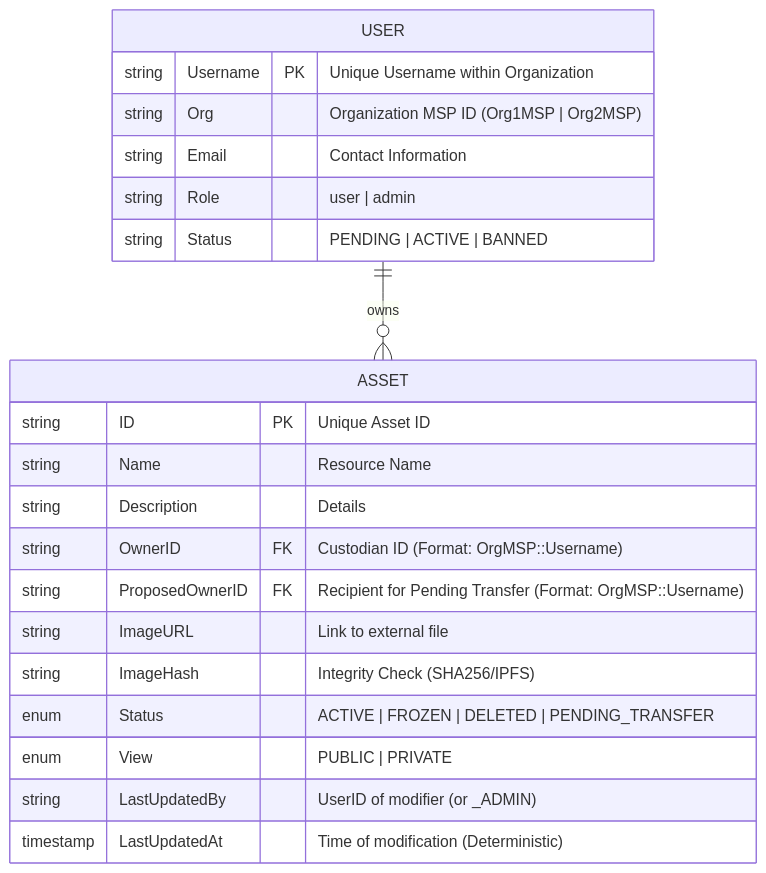
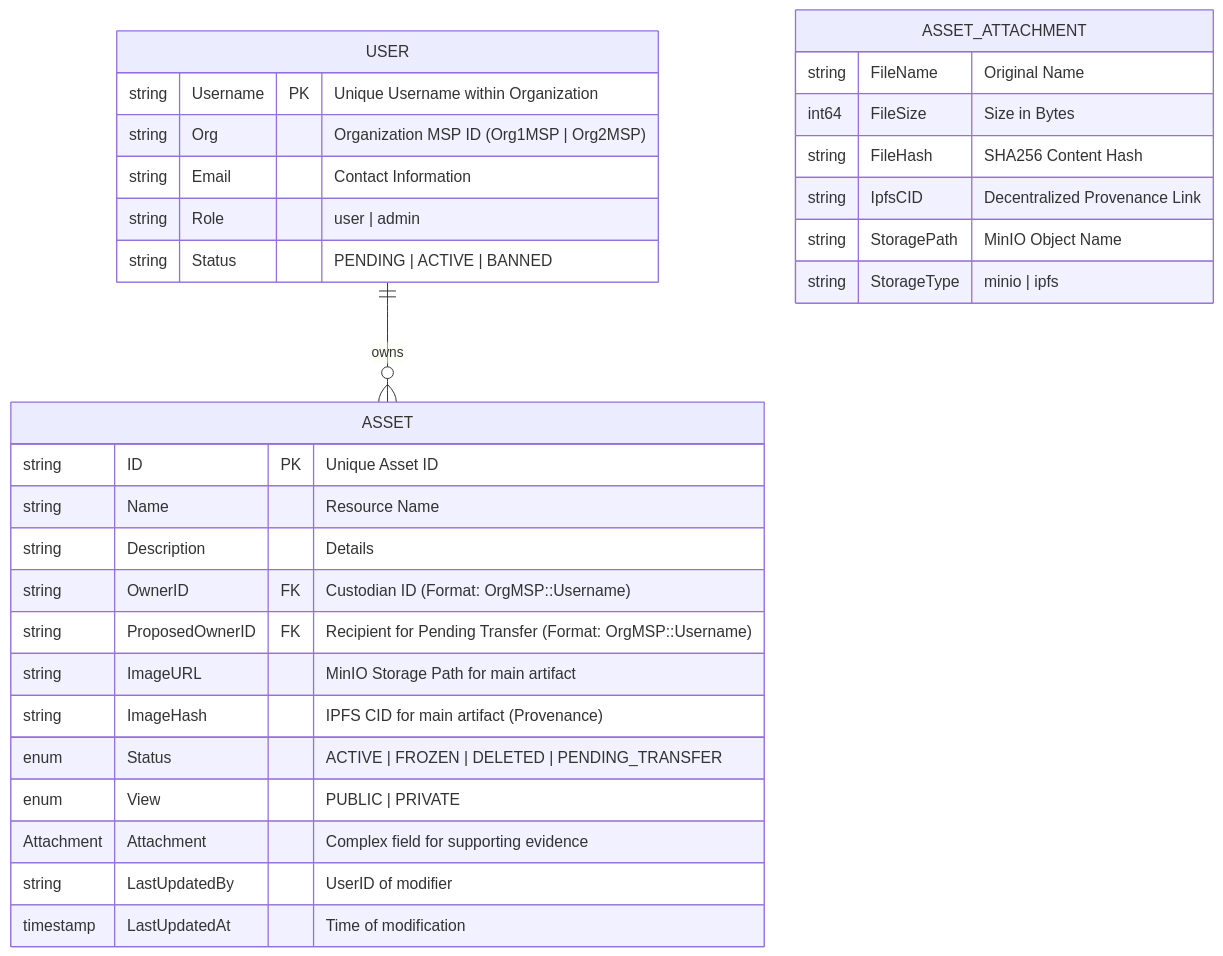
One commit to kelotduongvidainhat/hyperledger-fabric-skeleton changed the diagram in docs/DATA_ARCHITECTURE.md. Above: the diagram before and after it, drawn with Mermaid. The commit also changed other lines of this file and 17 other files, not shown here.

First line of the commit message:
feat: implement unified attachment storage with MinIO and IPFS integration

````diff
--- a/docs/DATA_ARCHITECTURE.md
+++ b/docs/DATA_ARCHITECTURE.md
@@ -12,24 +12,33 @@
 ```mermaid
 erDiagram
     USER ||--o{ ASSET : owns
     USER {
         string Username PK "Unique Username within Organization"
         string Org "Organization MSP ID (Org1MSP | Org2MSP)"
         string Email "Contact Information"
         string Role "user | admin"
         string Status "PENDING | ACTIVE | BANNED"
     }
     ASSET {
         string ID PK "Unique Asset ID"
         string Name "Resource Name"
         string Description "Details"
         string OwnerID FK "Custodian ID (Format: OrgMSP::Username)"
         string ProposedOwnerID FK "Recipient for Pending Transfer (Format: OrgMSP::Username)"
-        string ImageURL "Link to external file"
-        string ImageHash "Integrity Check (SHA256/IPFS)"
+        string ImageURL "MinIO Storage Path for main artifact"
+        string ImageHash "IPFS CID for main artifact (Provenance)"
         enum Status "ACTIVE | FROZEN | DELETED | PENDING_TRANSFER"
         enum View "PUBLIC | PRIVATE"
-        string LastUpdatedBy "UserID of modifier (or _ADMIN)"
-        timestamp LastUpdatedAt "Time of modification (Deterministic)"
+        Attachment Attachment "Complex field for supporting evidence"
+        string LastUpdatedBy "UserID of modifier"
+        timestamp LastUpdatedAt "Time of modification"
+    }
+    ASSET_ATTACHMENT {
+        string FileName "Original Name"
+        int64 FileSize "Size in Bytes"
+        string FileHash "SHA256 Content Hash"
+        string IpfsCID "Decentralized Provenance Link"
+        string StoragePath "MinIO Object Name"
+        string StorageType "minio | ipfs"
     }
 ```
````
